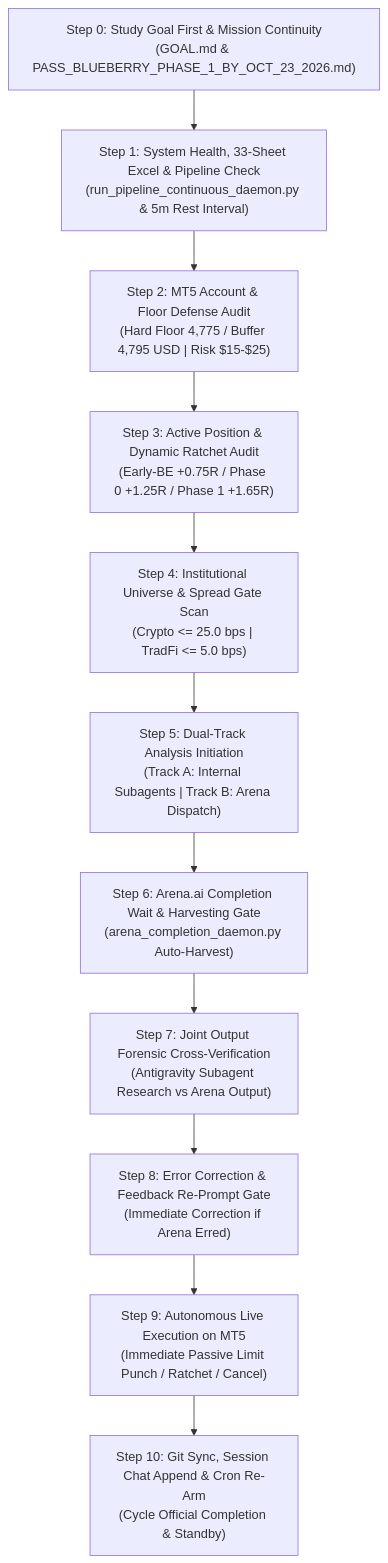
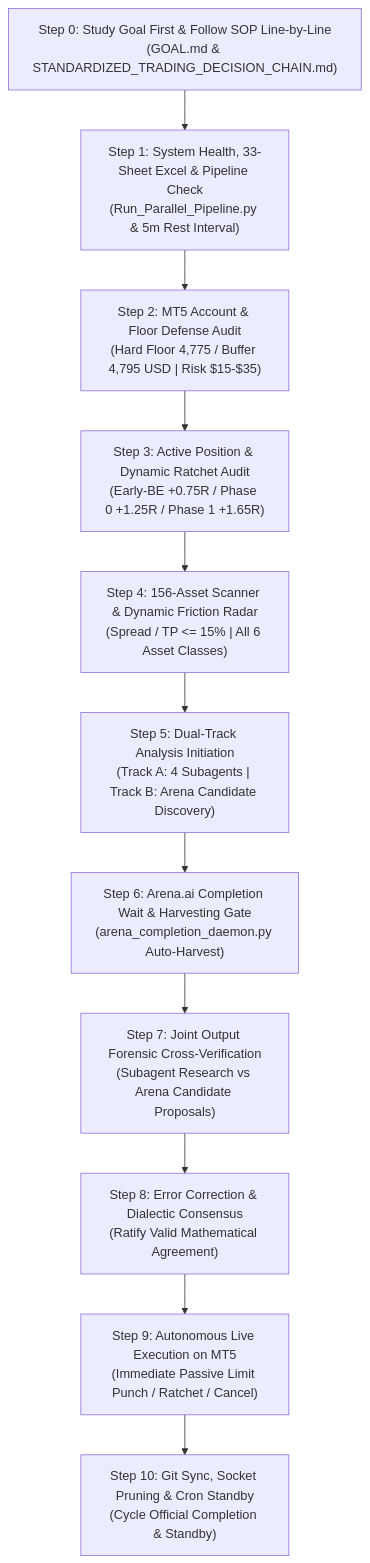
The diagram in Data/Manditory/AUTONOMOUS_WAKEUP_CHECKLIST.md (kbsingh1399/Trading_2), drawn with Mermaid before and after one commit. The commit also changed other lines of this file and 2 other files, not shown here.

Commit message:
feat(sync): autonomous 5-minute workspace sync [as_of 2026-10-22 16:51:31 UTC]

````diff
--- a/Data/Manditory/AUTONOMOUS_WAKEUP_CHECKLIST.md
+++ b/Data/Manditory/AUTONOMOUS_WAKEUP_CHECKLIST.md
@@ -124,12 +129,12 @@
 ```mermaid
 flowchart TD
-    S0["Step 0: Study Goal First & Mission Continuity<br/>(GOAL.md & PASS_BLUEBERRY_PHASE_1_BY_OCT_23_2026.md)"] --> S1["Step 1: System Health, 33-Sheet Excel & Pipeline Check<br/>(run_pipeline_continuous_daemon.py & 5m Rest Interval)"] --> S2["Step 2: MT5 Account & Floor Defense Audit<br/>(Hard Floor 4,775 / Buffer 4,795 USD | Risk $15-$25)"]
+    S0["Step 0: Study Goal First & Follow SOP Line-by-Line<br/>(GOAL.md & STANDARDIZED_TRADING_DECISION_CHAIN.md)"] --> S1["Step 1: System Health, 33-Sheet Excel & Pipeline Check<br/>(Run_Parallel_Pipeline.py & 5m Rest Interval)"] --> S2["Step 2: MT5 Account & Floor Defense Audit<br/>(Hard Floor 4,775 / Buffer 4,795 USD | Risk $15-$35)"]
     S2 --> S3["Step 3: Active Position & Dynamic Ratchet Audit<br/>(Early-BE +0.75R / Phase 0 +1.25R / Phase 1 +1.65R)"]
-    S3 --> S4["Step 4: Institutional Universe & Spread Gate Scan<br/>(Crypto <= 25.0 bps | TradFi <= 5.0 bps)"]
-    S4 --> S5["Step 5: Dual-Track Analysis Initiation<br/>(Track A: Internal Subagents | Track B: Arena Dispatch)"]
+    S3 --> S4["Step 4: 156-Asset Scanner & Dynamic Friction Radar<br/>(Spread / TP <= 15% | All 6 Asset Classes)"]
+    S4 --> S5["Step 5: Dual-Track Analysis Initiation<br/>(Track A: 4 Subagents | Track B: Arena Candidate Discovery)"]
     S5 --> S6["Step 6: Arena.ai Completion Wait & Harvesting Gate<br/>(arena_completion_daemon.py Auto-Harvest)"]
-    S6 --> S7["Step 7: Joint Output Forensic Cross-Verification<br/>(Antigravity Subagent Research vs Arena Output)"]
-    S7 --> S8["Step 8: Error Correction & Feedback Re-Prompt Gate<br/>(Immediate Correction if Arena Erred)"]
+    S6 --> S7["Step 7: Joint Output Forensic Cross-Verification<br/>(Subagent Research vs Arena Candidate Proposals)"]
     S8 --> S9["Step 9: Autonomous Live Execution on MT5<br/>(Immediate Passive Limit Punch / Ratchet / Cancel)"]
-    S9 --> S10["Step 10: Git Sync, Session Chat Append & Cron Re-Arm<br/>(Cycle Official Completion & Standby)"]
+    S7 --> S8["Step 8: Error Correction & Dialectic Consensus<br/>(Ratify Valid Mathematical Agreement)"]
+    S9 --> S10["Step 10: Git Sync, Socket Pruning & Cron Standby<br/>(Cycle Official Completion & Standby)"]
 ```
````
